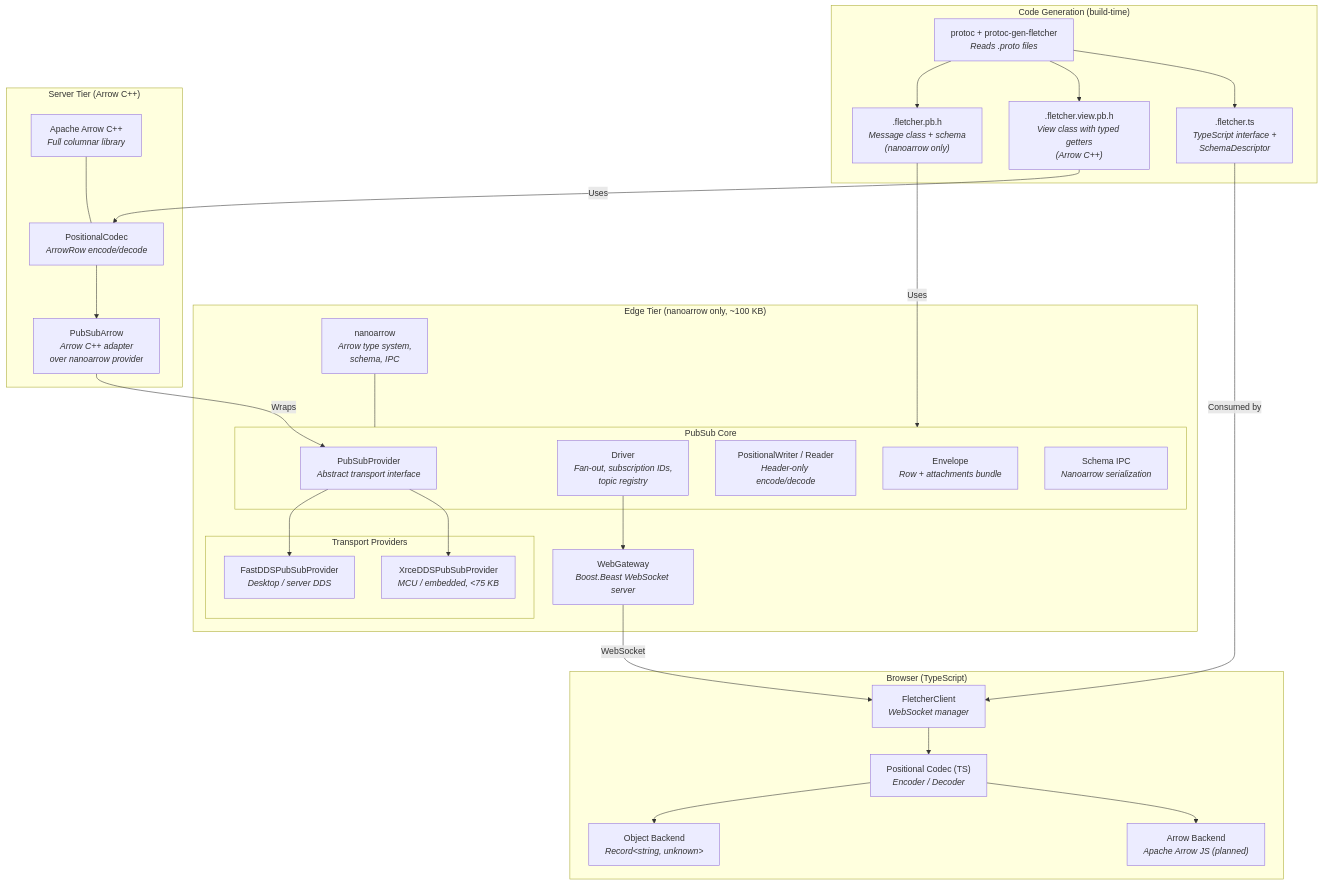
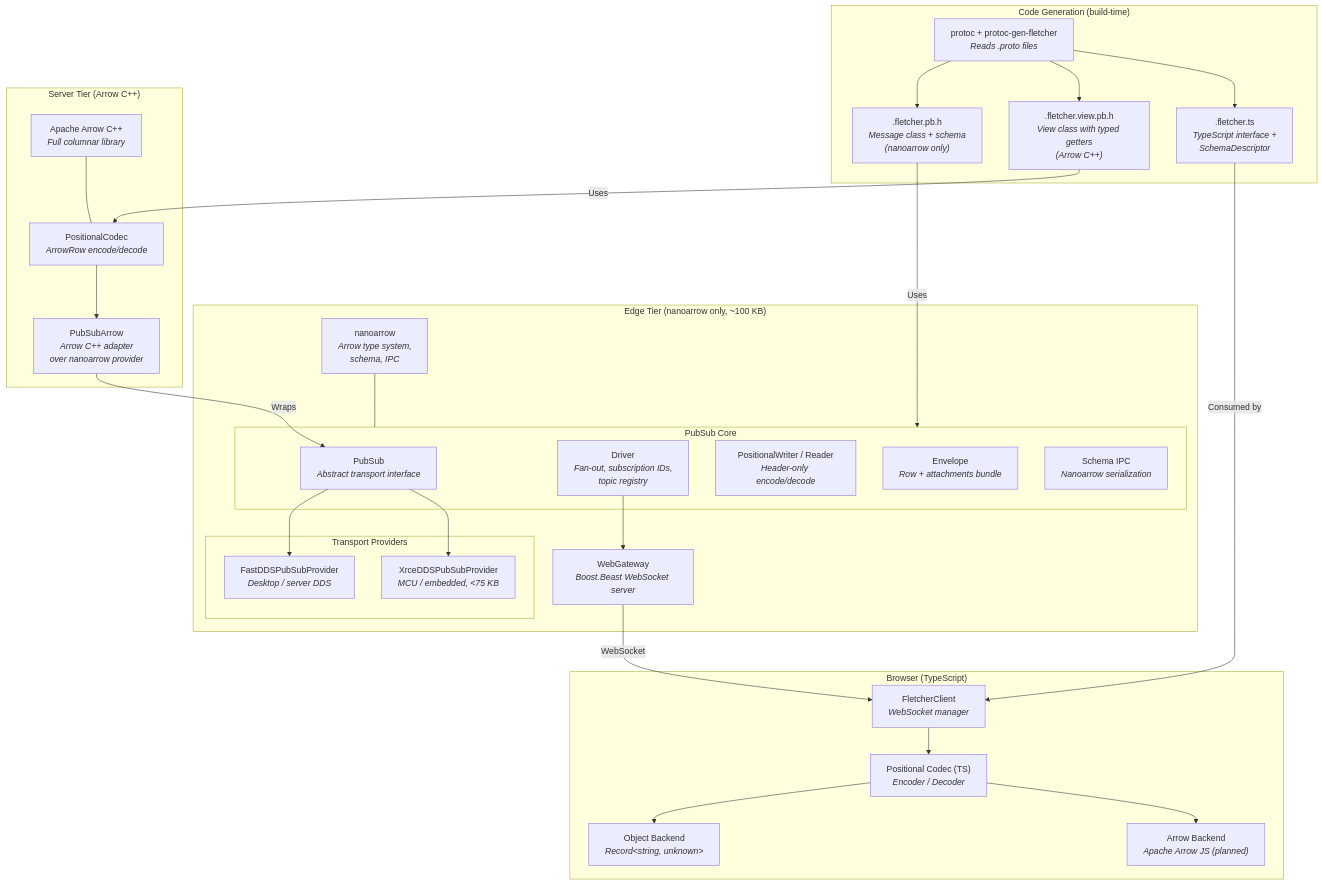
One commit to eivacom/Fletcher changed the second of 5 diagrams in docs/component-diagram.md. Above: the diagram before and after it, drawn with Mermaid. The commit also changed other lines of this file and 23 other files, not shown here.

````diff
--- a/docs/component-diagram.md
+++ b/docs/component-diagram.md
@@ -40,64 +40,64 @@
 ```mermaid
 graph TB
     subgraph codegen_layer ["Code Generation (build-time)"]
         PROTOC["protoc + protoc-gen-fletcher<br/><i>Reads .proto files</i>"]
         GEN_EDGE[".fletcher.pb.h<br/><i>Message class + schema<br/>(nanoarrow only)</i>"]
         GEN_SERVER[".fletcher.view.pb.h<br/><i>View class with typed getters<br/>(Arrow C++)</i>"]
         GEN_TS[".fletcher.ts<br/><i>TypeScript interface +<br/>SchemaDescriptor</i>"]
 
         PROTOC --> GEN_EDGE
         PROTOC --> GEN_SERVER
         PROTOC --> GEN_TS
     end
 
     subgraph edge_tier ["Edge Tier (nanoarrow only, ~100 KB)"]
         NANOARROW["nanoarrow<br/><i>Arrow type system,<br/>schema, IPC</i>"]
 
         subgraph pubsub_core ["PubSub Core"]
-            PROVIDER["PubSubProvider<br/><i>Abstract transport interface</i>"]
+            PROVIDER["PubSub<br/><i>Abstract transport interface</i>"]
             DRIVER["Driver<br/><i>Fan-out, subscription IDs,<br/>topic registry</i>"]
             POS_IO["PositionalWriter / Reader<br/><i>Header-only encode/decode</i>"]
             ENVELOPE["Envelope<br/><i>Row + attachments bundle</i>"]
             SCHEMA_IPC["Schema IPC<br/><i>Nanoarrow serialization</i>"]
         end
 
         subgraph providers ["Transport Providers"]
             FASTDDS["FastDDSPubSubProvider<br/><i>Desktop / server DDS</i>"]
             XRCEDDS["XrceDDSPubSubProvider<br/><i>MCU / embedded, &lt;75 KB</i>"]
         end
 
         WEB_GATEWAY["WebGateway<br/><i>Boost.Beast WebSocket server</i>"]
 
         NANOARROW --- pubsub_core
         PROVIDER --> FASTDDS
         PROVIDER --> XRCEDDS
         DRIVER --> WEB_GATEWAY
     end
 
     subgraph server_tier ["Server Tier (Arrow C++)"]
         ARROW_CPP["Apache Arrow C++<br/><i>Full columnar library</i>"]
 
         POS_CODEC["PositionalCodec<br/><i>ArrowRow encode/decode</i>"]
         PUBSUB_ARROW["PubSubArrow<br/><i>Arrow C++ adapter<br/>over nanoarrow provider</i>"]
 
         ARROW_CPP --- POS_CODEC
         POS_CODEC --> PUBSUB_ARROW
     end
 
     subgraph browser_tier ["Browser (TypeScript)"]
         WEBCLIENT["FletcherClient<br/><i>WebSocket manager</i>"]
         TS_CODEC["Positional Codec (TS)<br/><i>Encoder / Decoder</i>"]
         OBJ_BACKEND["Object Backend<br/><i>Record&lt;string, unknown&gt;</i>"]
         ARROW_BACKEND["Arrow Backend<br/><i>Apache Arrow JS (planned)</i>"]
 
         WEBCLIENT --> TS_CODEC
         TS_CODEC --> OBJ_BACKEND
         TS_CODEC --> ARROW_BACKEND
     end
 
     GEN_EDGE -->|Uses| pubsub_core
     GEN_SERVER -->|Uses| POS_CODEC
     GEN_TS -->|Consumed by| WEBCLIENT
     PUBSUB_ARROW -->|Wraps| PROVIDER
     WEB_GATEWAY -->|WebSocket| WEBCLIENT
 ```
````
